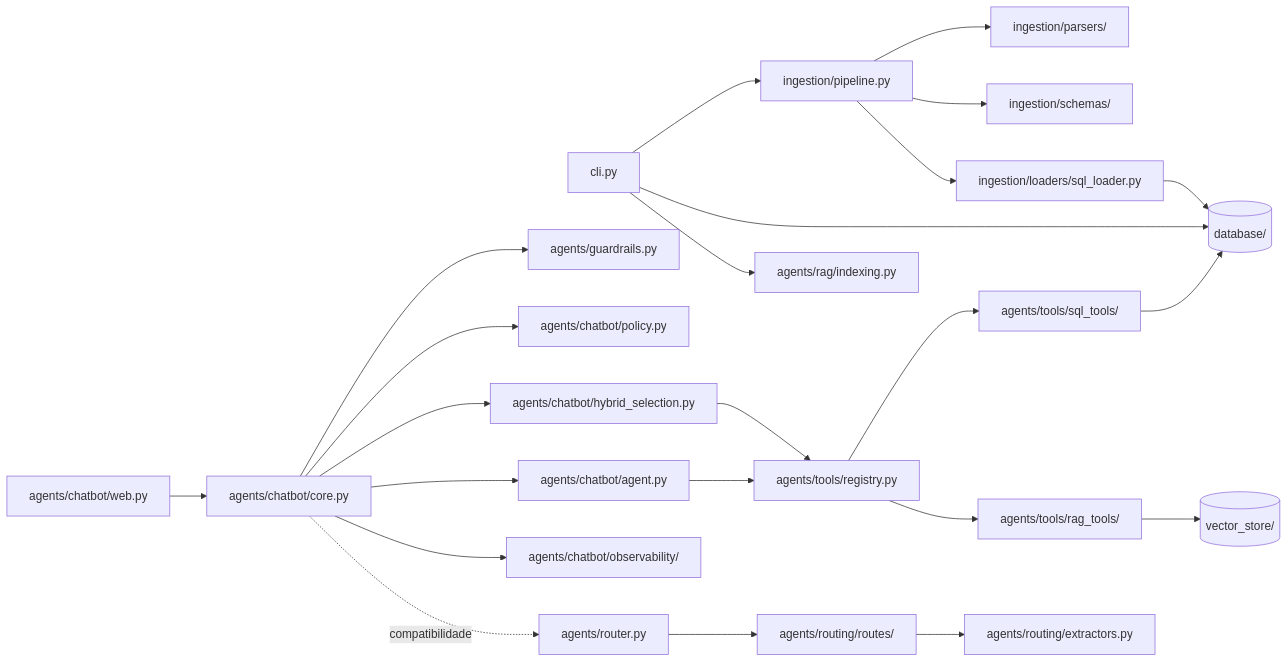
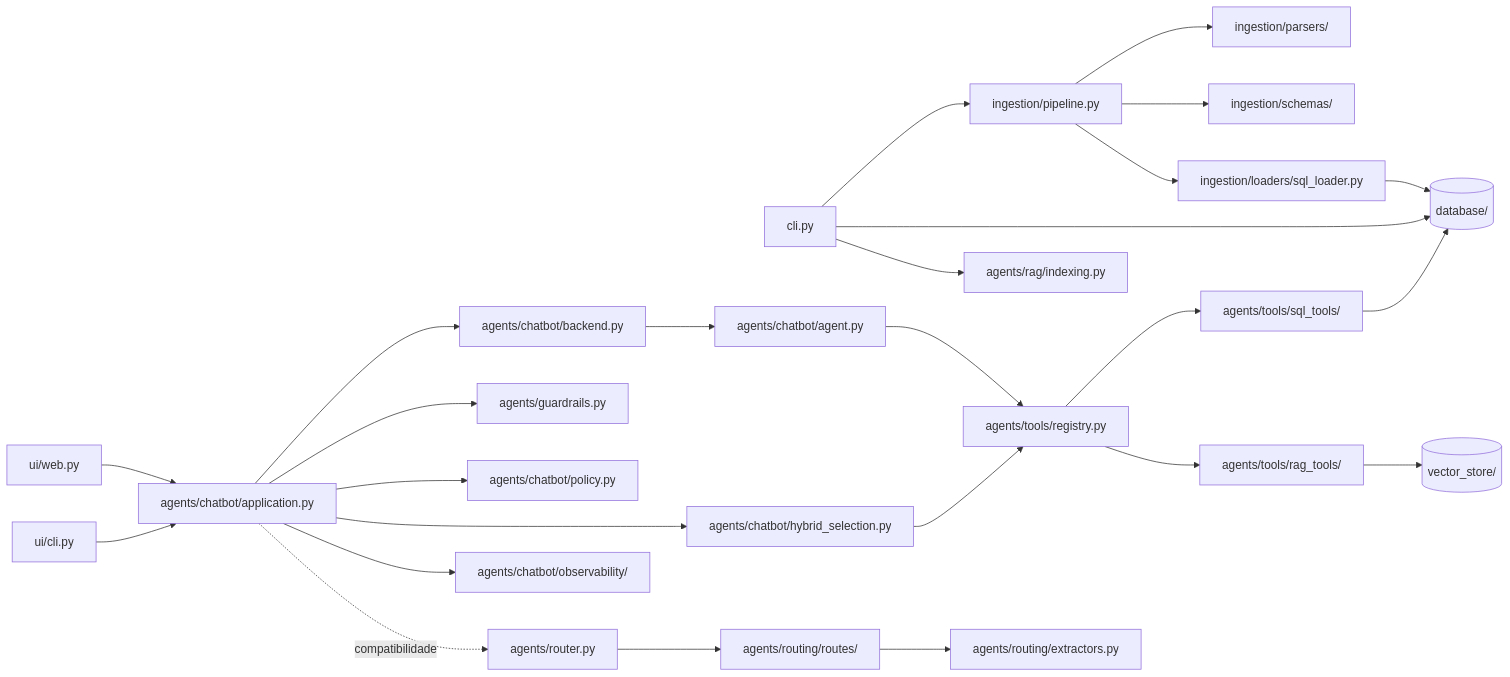
One commit to thenriquedb/arcos-transparente changed the fourth of 4 diagrams in docs/architecture.md. Above: the diagram before and after it, drawn with Mermaid. The commit also changed other lines of this file and 11 other files, not shown here.

````diff
--- a/docs/architecture.md
+++ b/docs/architecture.md
@@ -108,28 +108,30 @@
 ```mermaid
 graph LR
     CLI[cli.py] --> Pipeline[ingestion/pipeline.py]
     CLI --> DB[(database/)]
     CLI --> RAGIdx[agents/rag/indexing.py]
 
-    Web[agents/chatbot/web.py] --> Core[agents/chatbot/core.py]
+    Web[ui/web.py] --> Core[agents/chatbot/application.py]
+    UICLI[ui/cli.py] --> Core
+    Core --> Backend[agents/chatbot/backend.py]
     Core --> Guard[agents/guardrails.py]
     Core --> Policy[agents/chatbot/policy.py]
     Core --> HybSel[agents/chatbot/hybrid_selection.py]
-    Core --> AgentBoot[agents/chatbot/agent.py]
+    Backend --> AgentBoot[agents/chatbot/agent.py]
     AgentBoot --> Registry[agents/tools/registry.py]
     Registry --> SQLTools[agents/tools/sql_tools/]
     Registry --> RAGTool[agents/tools/rag_tools/]
     SQLTools --> DB
     RAGTool --> ChromaDB[(vector_store/)]
     HybSel --> Registry
     Core --> Observ[agents/chatbot/observability/]
 
     Pipeline --> Parsers[ingestion/parsers/]
     Pipeline --> Schemas[ingestion/schemas/]
     Pipeline --> Loader[ingestion/loaders/sql_loader.py]
     Loader --> DB
 
     Router[agents/router.py] --> Routes[agents/routing/routes/]
     Routes --> Extractors[agents/routing/extractors.py]
     Core -.->|compatibilidade| Router
 ```
````
